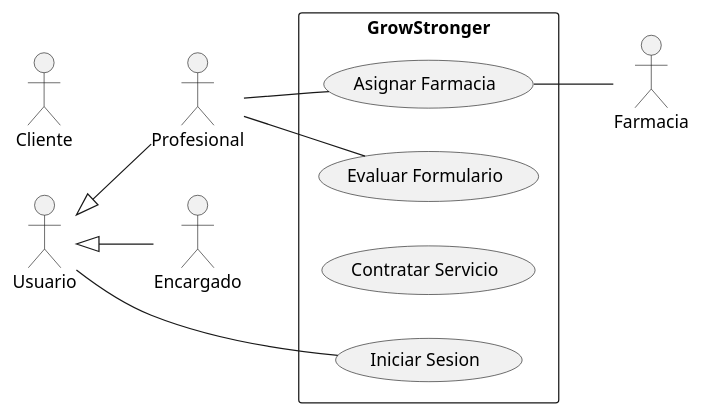
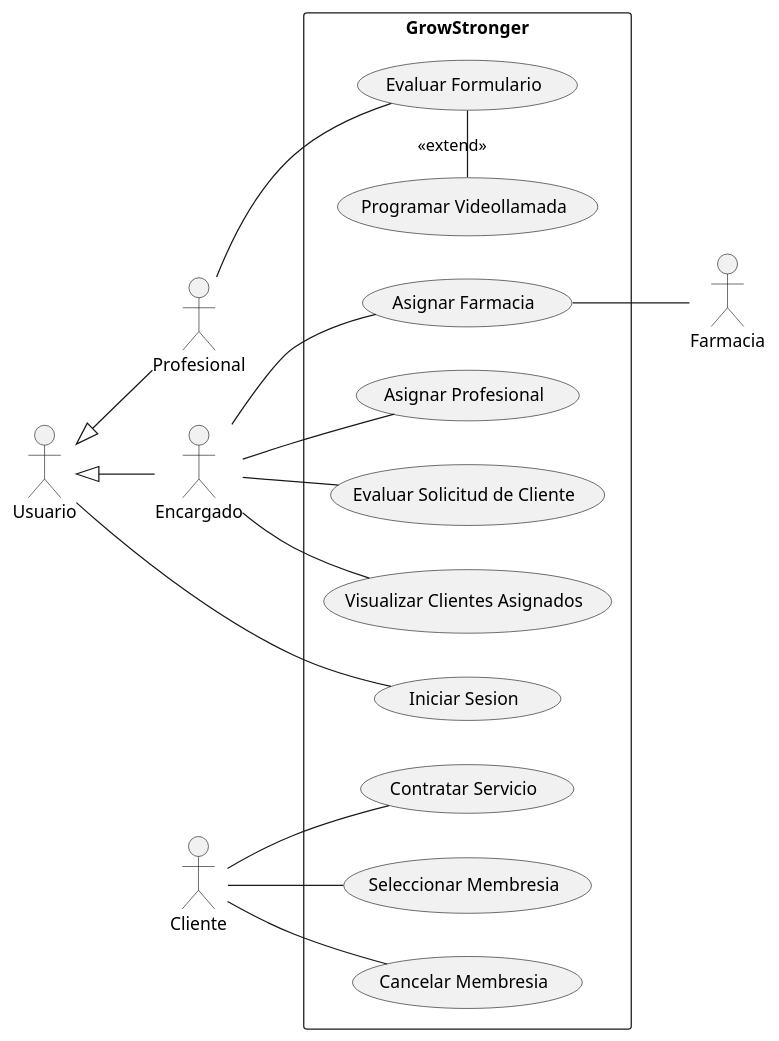
The diagram in Modelo Final/Resolucion de Z0SO.md (Z0SO/UML-Practice), drawn with PlantUML before and after one commit.

Commit message:
Z0SO bkp -> 2024-06-30 18:35:46

````diff
--- a/Modelo Final/Resolucion de Z0SO.md
+++ b/Modelo Final/Resolucion de Z0SO.md
@@ -7,51 +7,65 @@
 ```plantuml
 
 @startuml
 
 left to right direction
 
 actor "Usuario" as usuario
 
 actor "Cliente" as cliente
 actor "Profesional" as profesional
 actor "Encargado" as encargado
 
 usuario <|-- profesional
 usuario <|-- encargado
 
 ' tambien se requiere un actor secundario Farmacia
 
 actor "Farmacia" as farmacia
 
 
 
 
 rectangle "GrowStronger" {
     
     ' caso de uso de usuario
     usecase "Iniciar Sesion" as IS
     usuario -- IS
 
 
     ' parte clientes
     usecase "Contratar Servicio" as CS
-
-
+    usecase "Seleccionar Membresia" as SeleccMem
+    usecase "Cancelar Membresia" as cancelMem
+    cliente -- CS
+    cliente -- SeleccMem
+    cliente -- cancelMem
 
     ' parte profesional
     usecase "Evaluar Formulario" as EF
+    usecase "Programar Videollamada" as ProgVid
+
+    EF -left- ProgVid: <<extend>>
+    profesional -- EF
+
+
+    ' parte encargado
+    usecase "Asignar Profesional" as AsignarProf
     usecase "Asignar Farmacia" as AF
+    usecase "Evaluar Solicitud de Cliente" as ESC
+    usecase "Visualizar Clientes Asignados" as VCA
 
-    profesional -- EF
-    profesional -- AF
+    encargado -- AF
+    encargado -- AsignarProf
+    encargado -- ESC
+    encargado -- VCA
+
 
     ' actor secundario farmacia
     farmacia -up- AF
-
-
 
 }
 
 
 @enduml
 ```
````
